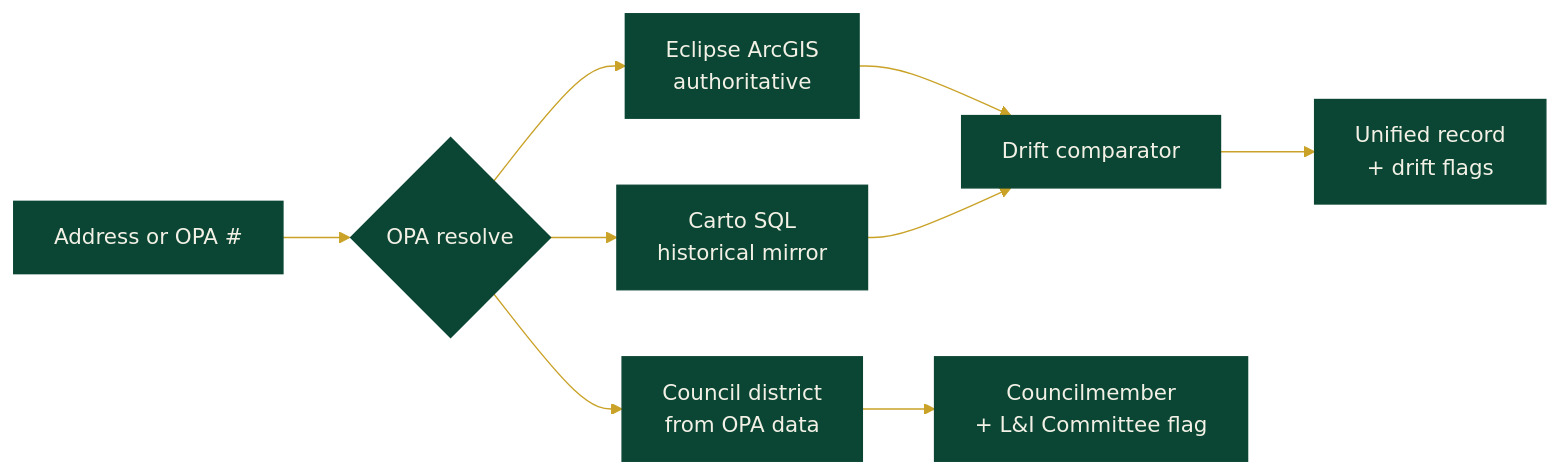
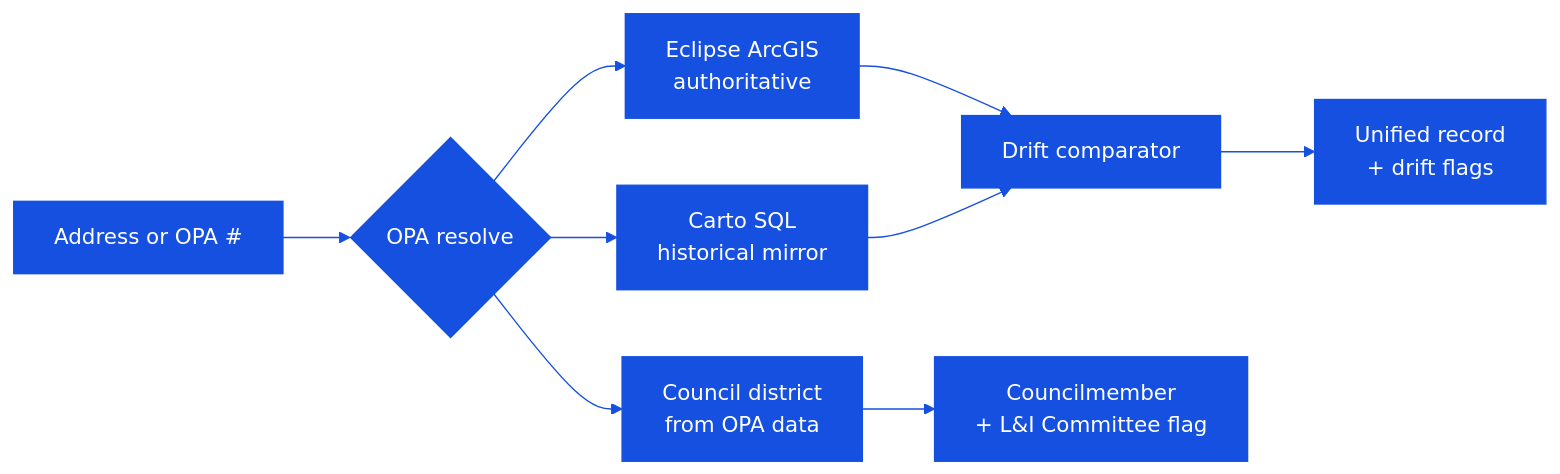
Before and after one commit to thumpersecure/4PHILLY: the diagram in README.md, drawn with Mermaid. The commit also changed 315 other files, not shown here.

````diff
--- a/README.md
+++ b/README.md
@@ -66,12 +66,12 @@
 ```mermaid
-%%{init: {'theme':'base','themeVariables':{'primaryColor':'#0b4634','primaryTextColor':'#f3f1e6','primaryBorderColor':'#0b4634','lineColor':'#c9a227','secondaryColor':'#1a1a1a','tertiaryColor':'#000'}}}%%
+%%{init: {'theme':'base','themeVariables':{'primaryColor':'#1550e0','primaryTextColor':'#ffffff','primaryBorderColor':'#1550e0','lineColor':'#1550e0','secondaryColor':'#f6f7f9','tertiaryColor':'#fff'}}}%%
 flowchart LR
     A[Address or OPA #] --> B{OPA resolve}
     B --> C[Eclipse ArcGIS<br/>authoritative]
     B --> D[Carto SQL<br/>historical mirror]
     C --> E[Drift comparator]
     D --> E
     E --> F[Unified record<br/>+ drift flags]
     B --> G[Council district<br/>from OPA data]
     G --> H[Councilmember<br/>+ L&I Committee flag]
 ```
````
